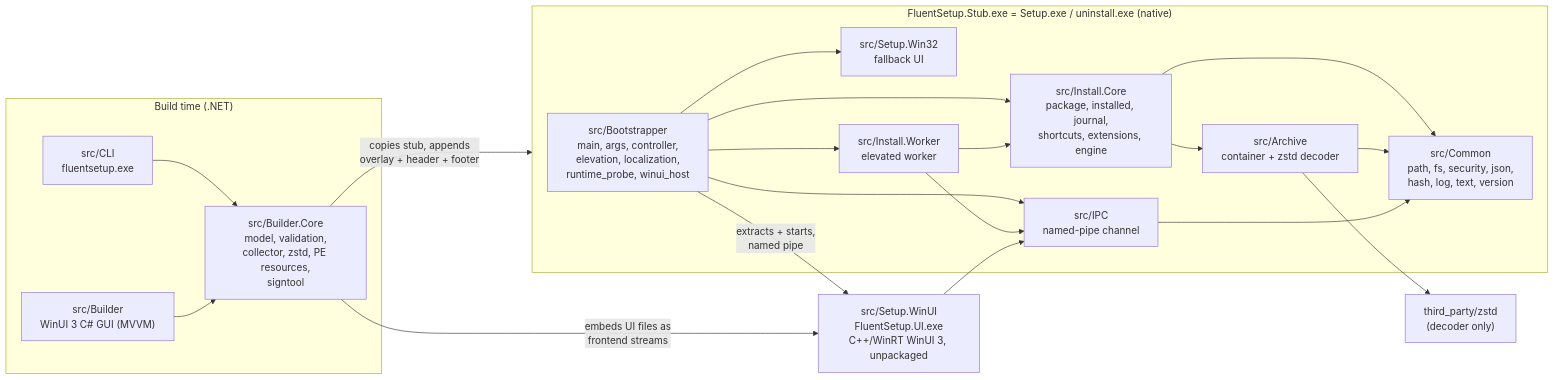
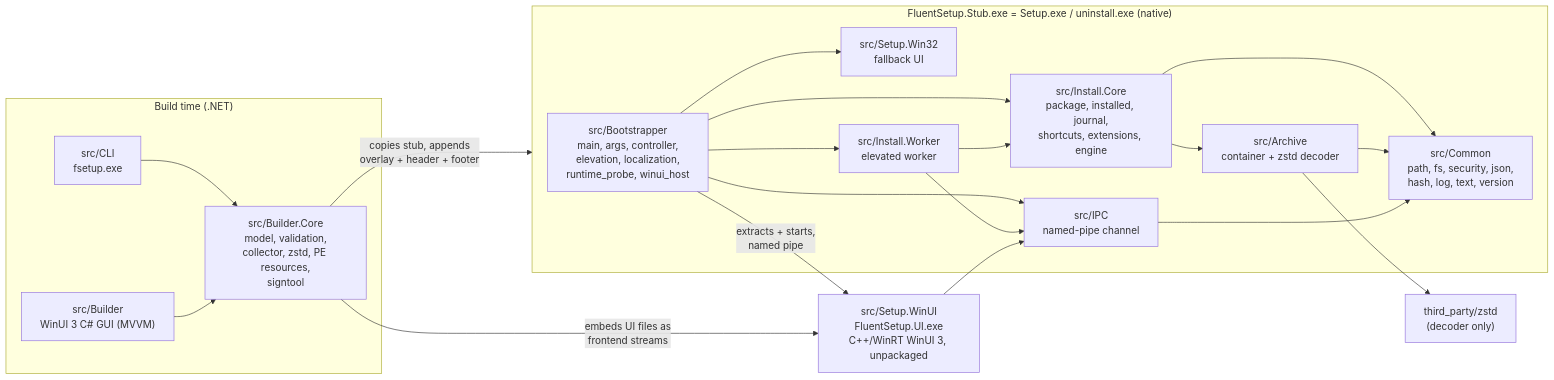
The first of 2 diagrams in docs/architecture.md (TIANLI0/FluentSetup), drawn with Mermaid before and after one commit. The commit also changed other lines of this file and 57 other files, not shown here.

First line of the commit message:
CLI: the command is now fsetup, fluentsetup stays as another name

````diff
--- a/docs/architecture.md
+++ b/docs/architecture.md
@@ -17,39 +17,39 @@
 ```mermaid
 flowchart LR
     subgraph BuildTime["Build time (.NET)"]
-        CLI["src/CLI<br/>fluentsetup.exe"]
+        CLI["src/CLI<br/>fsetup.exe"]
         GUI["src/Builder<br/>WinUI 3 C# GUI (MVVM)"]
         Core["src/Builder.Core<br/>model, validation,<br/>collector, zstd, PE resources,<br/>signtool"]
         CLI --> Core
         GUI --> Core
     end
 
     subgraph Stub["FluentSetup.Stub.exe = Setup.exe / uninstall.exe (native)"]
         Boot["src/Bootstrapper<br/>main, args, controller,<br/>elevation, localization,<br/>runtime_probe, winui_host"]
         Win32UI["src/Setup.Win32<br/>fallback UI"]
         Worker["src/Install.Worker<br/>elevated worker"]
         Engine["src/Install.Core<br/>package, installed, journal,<br/>shortcuts, extensions, engine"]
         Archive["src/Archive<br/>container + zstd decoder"]
         IPC["src/IPC<br/>named-pipe channel"]
         Common["src/Common<br/>path, fs, security, json,<br/>hash, log, text, version"]
         Boot --> Win32UI
         Boot --> Worker
         Boot --> Engine
         Boot --> IPC
         Worker --> Engine
         Worker --> IPC
         Engine --> Archive
         Engine --> Common
         Archive --> Common
         IPC --> Common
     end
 
     UI["src/Setup.WinUI<br/>FluentSetup.UI.exe<br/>C++/WinRT WinUI 3, unpackaged"]
     Zstd["third_party/zstd<br/>(decoder only)"]
 
     Core -- "copies stub, appends<br/>overlay + header + footer" --> Stub
     Core -- "embeds UI files as<br/>frontend streams" --> UI
     Archive --> Zstd
     Boot -- "extracts + starts,<br/>named pipe" --> UI
     UI --> IPC
 ```
````
